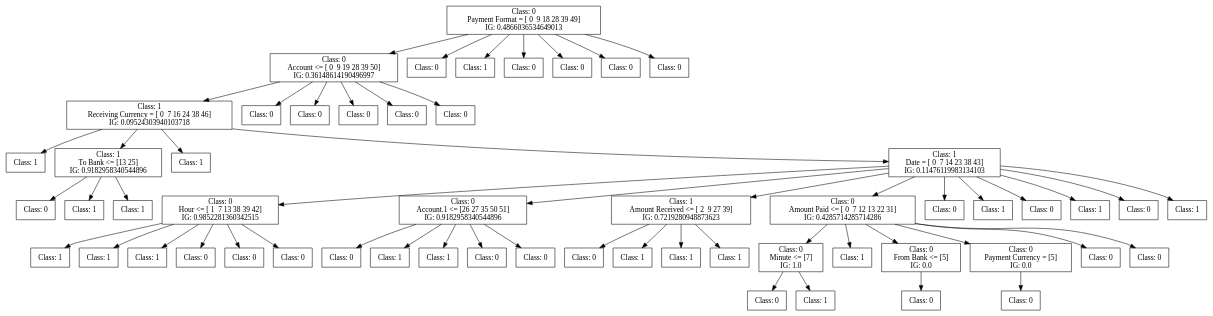
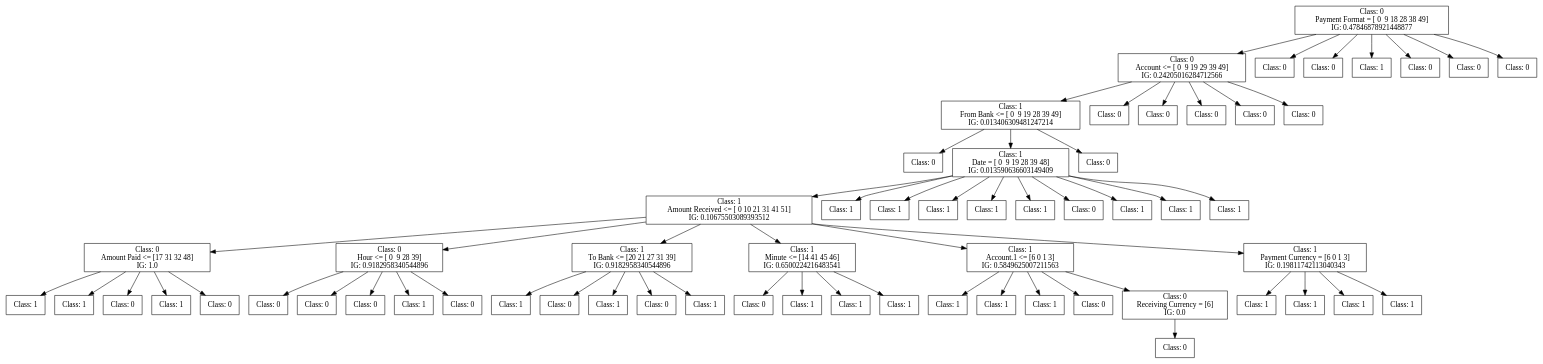
Before and after one commit to FedericoBruzzone/anti-money-laundering: the diagram in dot_figs/tree-id3-undersampling-6.dot, drawn with Graphviz. The commit also changed 35 other files, not shown here.

```diff
--- a/dot_figs/tree-id3-undersampling-6.dot
+++ b/dot_figs/tree-id3-undersampling-6.dot
@@ -1,183 +1,201 @@
 digraph DecisionTree {
 	rankdir=TD;
 	node [shape=box];
-	2512083546896 [label="Class: 0
-Payment Format = [ 0  9 18 28 39 49]
-IG: 0.4866036534649013"];
-	2512083542864 [label="Class: 0
-Account <= [ 0  9 19 28 39 50]
-IG: 0.36148614190496997"];
-	2512083546896 -> 2512083542864;
-	2512083540896 [label="Class: 1
-Receiving Currency = [ 0  7 16 24 38 46]
-IG: 0.09524303940103718"];
-	2512083542864 -> 2512083540896;
-	2512083539072 [label="Class: 1
+	2532055284464 [label="Class: 0
+Payment Format = [ 0  9 18 28 38 49]
+IG: 0.47846878921448877"];
+	2532053814624 [label="Class: 0
+Account <= [ 0  9 19 29 39 49]
+IG: 0.24205016284712566"];
+	2532055284464 -> 2532053814624;
+	2532053824800 [label="Class: 1
+From Bank <= [ 0  9 19 28 39 49]
+IG: 0.013406309481247214"];
+	2532053814624 -> 2532053824800;
+	2530969570272 [label="Class: 0
 "];
-	2512083540896 -> 2512083539072;
-	2512083546224 [label="Class: 1
-To Bank <= [13 25]
+	2532053824800 -> 2530969570272;
+	2530969570464 [label="Class: 1
+Date = [ 0  9 19 28 39 48]
+IG: 0.013590636603149409"];
+	2532053824800 -> 2530969570464;
+	2530969569504 [label="Class: 1
+Amount Received <= [ 0 10 21 31 41 51]
+IG: 0.10675503089393512"];
+	2530969570464 -> 2530969569504;
+	2530969572144 [label="Class: 0
+Amount Paid <= [17 31 32 48]
+IG: 1.0"];
+	2530969569504 -> 2530969572144;
+	2530969572720 [label="Class: 1
+"];
+	2530969572144 -> 2530969572720;
+	2530969572432 [label="Class: 1
+"];
+	2530969572144 -> 2530969572432;
+	2530969570368 [label="Class: 0
+"];
+	2530969572144 -> 2530969570368;
+	2530969571568 [label="Class: 1
+"];
+	2530969572144 -> 2530969571568;
+	2530969569408 [label="Class: 0
+"];
+	2530969572144 -> 2530969569408;
+	2530969571664 [label="Class: 0
+Hour <= [ 0  9 28 39]
 IG: 0.9182958340544896"];
-	2512083540896 -> 2512083546224;
-	2512083534416 [label="Class: 0
+	2530969569504 -> 2530969571664;
+	2530969573584 [label="Class: 0
 "];
-	2512083546224 -> 2512083534416;
-	2512083539264 [label="Class: 1
+	2530969571664 -> 2530969573584;
+	2530969573296 [label="Class: 0
 "];
-	2512083546224 -> 2512083539264;
-	2512083543344 [label="Class: 1
+	2530969571664 -> 2530969573296;
+	2530969572624 [label="Class: 0
 "];
-	2512083546224 -> 2512083543344;
-	2512083543440 [label="Class: 1
+	2530969571664 -> 2530969572624;
+	2530969572240 [label="Class: 1
 "];
-	2512083540896 -> 2512083543440;
-	2512083549968 [label="Class: 1
-Date = [ 0  7 14 23 38 43]
-IG: 0.11476119983134103"];
-	2512083540896 -> 2512083549968;
-	2512083548480 [label="Class: 0
-Hour <= [ 1  7 13 38 39 42]
-IG: 0.9852281360342515"];
-	2512083549968 -> 2512083548480;
-	2512083550016 [label="Class: 1
+	2530969571664 -> 2530969572240;
+	2530969571520 [label="Class: 0
 "];
-	2512083548480 -> 2512083550016;
-	2512083534272 [label="Class: 1
+	2530969571664 -> 2530969571520;
+	2530969569360 [label="Class: 1
+To Bank <= [20 21 27 31 39]
+IG: 0.9182958340544896"];
+	2530969569504 -> 2530969569360;
+	2530969574448 [label="Class: 1
 "];
-	2512083548480 -> 2512083534272;
-	2512083536720 [label="Class: 1
+	2530969569360 -> 2530969574448;
+	2530969574160 [label="Class: 0
 "];
-	2512083548480 -> 2512083536720;
-	2512083539120 [label="Class: 0
+	2530969569360 -> 2530969574160;
+	2530969572576 [label="Class: 1
 "];
-	2512083548480 -> 2512083539120;
-	2512083544880 [label="Class: 0
+	2530969569360 -> 2530969572576;
+	2530969573392 [label="Class: 0
 "];
-	2512083548480 -> 2512083544880;
-	2512083546656 [label="Class: 0
+	2530969569360 -> 2530969573392;
+	2530969569168 [label="Class: 1
 "];
-	2512083548480 -> 2512083546656;
-	2512083537200 [label="Class: 0
-Account.1 <= [26 27 35 50 51]
-IG: 0.9182958340544896"];
-	2512083549968 -> 2512083537200;
-	2512083535232 [label="Class: 0
+	2530969569360 -> 2530969569168;
+	2530969570944 [label="Class: 1
+Minute <= [14 41 45 46]
+IG: 0.6500224216483541"];
+	2530969569504 -> 2530969570944;
+	2530969575456 [label="Class: 0
 "];
-	2512083537200 -> 2512083535232;
-	2512083534224 [label="Class: 1
+	2530969570944 -> 2530969575456;
+	2530969574880 [label="Class: 1
 "];
-	2512083537200 -> 2512083534224;
-	2512083542912 [label="Class: 1
+	2530969570944 -> 2530969574880;
+	2530969573488 [label="Class: 1
 "];
-	2512083537200 -> 2512083542912;
-	2512083535040 [label="Class: 0
+	2530969570944 -> 2530969573488;
+	2530969573248 [label="Class: 1
 "];
-	2512083537200 -> 2512083535040;
-	2512083541136 [label="Class: 0
+	2530969570944 -> 2530969573248;
+	2530969570128 [label="Class: 1
+Account.1 <= [6 0 1 3]
+IG: 0.5849625007211563"];
+	2530969569504 -> 2530969570128;
+	2530969576128 [label="Class: 1
 "];
-	2512083537200 -> 2512083541136;
-	2512083540368 [label="Class: 1
-Amount Received <= [ 2  9 27 39]
-IG: 0.7219280948873623"];
-	2512083549968 -> 2512083540368;
-	2512083535328 [label="Class: 0
+	2530969570128 -> 2530969576128;
+	2530969575840 [label="Class: 1
 "];
-	2512083540368 -> 2512083535328;
-	2512083544400 [label="Class: 1
+	2530969570128 -> 2530969575840;
+	2530969575072 [label="Class: 1
 "];
-	2512083540368 -> 2512083544400;
-	2512083543008 [label="Class: 1
+	2530969570128 -> 2530969575072;
+	2530969572192 [label="Class: 0
 "];
-	2512083540368 -> 2512083543008;
-	2512083535712 [label="Class: 1
+	2530969570128 -> 2530969572192;
+	2530969568928 [label="Class: 0
+Receiving Currency = [6]
+IG: 0.0"];
+	2530969570128 -> 2530969568928;
+	2530969576032 [label="Class: 0
 "];
-	2512083540368 -> 2512083535712;
-	2512083549584 [label="Class: 0
-Amount Paid <= [ 0  7 12 13 22 31]
-IG: 0.4285714285714286"];
-	2512083549968 -> 2512083549584;
-	2512083539408 [label="Class: 0
-Minute <= [7]
-IG: 1.0"];
-	2512083549584 -> 2512083539408;
-	2509728693168 [label="Class: 0
+	2530969568928 -> 2530969576032;
+	2530969569120 [label="Class: 1
+Payment Currency = [6 0 1 3]
+IG: 0.19811742113040343"];
+	2530969569504 -> 2530969569120;
+	2530969576752 [label="Class: 1
 "];
-	2512083539408 -> 2509728693168;
-	2509728686016 [label="Class: 1
+	2530969569120 -> 2530969576752;
+	2530969576176 [label="Class: 1
 "];
-	2512083539408 -> 2509728686016;
-	2509728691488 [label="Class: 1
+	2530969569120 -> 2530969576176;
+	2530969576272 [label="Class: 1
 "];
-	2512083549584 -> 2509728691488;
-	2509728685824 [label="Class: 0
-From Bank <= [5]
-IG: 0.0"];
-	2512083549584 -> 2509728685824;
-	2509728691632 [label="Class: 0
+	2530969569120 -> 2530969576272;
+	2530969571136 [label="Class: 1
 "];
-	2509728685824 -> 2509728691632;
-	2509728689136 [label="Class: 0
-Payment Currency = [5]
-IG: 0.0"];
-	2512083549584 -> 2509728689136;
-	2509728693696 [label="Class: 0
+	2530969569120 -> 2530969571136;
+	2530969568736 [label="Class: 1
 "];
-	2509728689136 -> 2509728693696;
-	2509728693792 [label="Class: 0
+	2530969570464 -> 2530969568736;
+	2530969568064 [label="Class: 1
 "];
-	2512083549584 -> 2509728693792;
-	2509728690048 [label="Class: 0
+	2530969570464 -> 2530969568064;
+	2530969568400 [label="Class: 1
 "];
-	2512083549584 -> 2509728690048;
-	2512083540560 [label="Class: 0
+	2530969570464 -> 2530969568400;
+	2530969569312 [label="Class: 1
 "];
-	2512083549968 -> 2512083540560;
-	2512083538016 [label="Class: 1
+	2530969570464 -> 2530969569312;
+	2530969570416 [label="Class: 1
 "];
-	2512083549968 -> 2512083538016;
-	2512083539792 [label="Class: 0
+	2530969570464 -> 2530969570416;
+	2530969568688 [label="Class: 0
 "];
-	2512083549968 -> 2512083539792;
-	2512083538784 [label="Class: 1
+	2530969570464 -> 2530969568688;
+	2530969568352 [label="Class: 1
 "];
-	2512083549968 -> 2512083538784;
-	2512083534896 [label="Class: 0
+	2530969570464 -> 2530969568352;
+	2530969568016 [label="Class: 1
 "];
-	2512083549968 -> 2512083534896;
-	2512083539360 [label="Class: 1
+	2530969570464 -> 2530969568016;
+	2530969569888 [label="Class: 1
 "];
-	2512083549968 -> 2512083539360;
-	2512083547424 [label="Class: 0
+	2530969570464 -> 2530969569888;
+	2530969569792 [label="Class: 0
 "];
-	2512083542864 -> 2512083547424;
-	2512083549392 [label="Class: 0
+	2532053824800 -> 2530969569792;
+	2532053815152 [label="Class: 0
 "];
-	2512083542864 -> 2512083549392;
-	2512083545984 [label="Class: 0
+	2532053814624 -> 2532053815152;
+	2532053820096 [label="Class: 0
 "];
-	2512083542864 -> 2512083545984;
-	2512083543248 [label="Class: 0
+	2532053814624 -> 2532053820096;
+	2532053824128 [label="Class: 0
 "];
-	2512083542864 -> 2512083543248;
-	2512083543056 [label="Class: 0
+	2532053814624 -> 2532053824128;
+	2532053822112 [label="Class: 0
 "];
-	2512083542864 -> 2512083543056;
-	2512083548912 [label="Class: 0
+	2532053814624 -> 2532053822112;
+	2532053819376 [label="Class: 0
 "];
-	2512083546896 -> 2512083548912;
-	2512083546800 [label="Class: 1
+	2532053814624 -> 2532053819376;
+	2532053827152 [label="Class: 0
 "];
-	2512083546896 -> 2512083546800;
-	2512083536048 [label="Class: 0
+	2532055284464 -> 2532053827152;
+	2532053811648 [label="Class: 0
 "];
-	2512083546896 -> 2512083536048;
-	2512083540608 [label="Class: 0
+	2532055284464 -> 2532053811648;
+	2532053825088 [label="Class: 1
 "];
-	2512083546896 -> 2512083540608;
-	2512083544016 [label="Class: 0
+	2532055284464 -> 2532053825088;
+	2532053811456 [label="Class: 0
 "];
-	2512083546896 -> 2512083544016;
-	2512083538448 [label="Class: 0
+	2532055284464 -> 2532053811456;
+	2532053826720 [label="Class: 0
 "];
-	2512083546896 -> 2512083538448;
+	2532055284464 -> 2532053826720;
+	2532053823360 [label="Class: 0
+"];
+	2532055284464 -> 2532053823360;
 }
```
